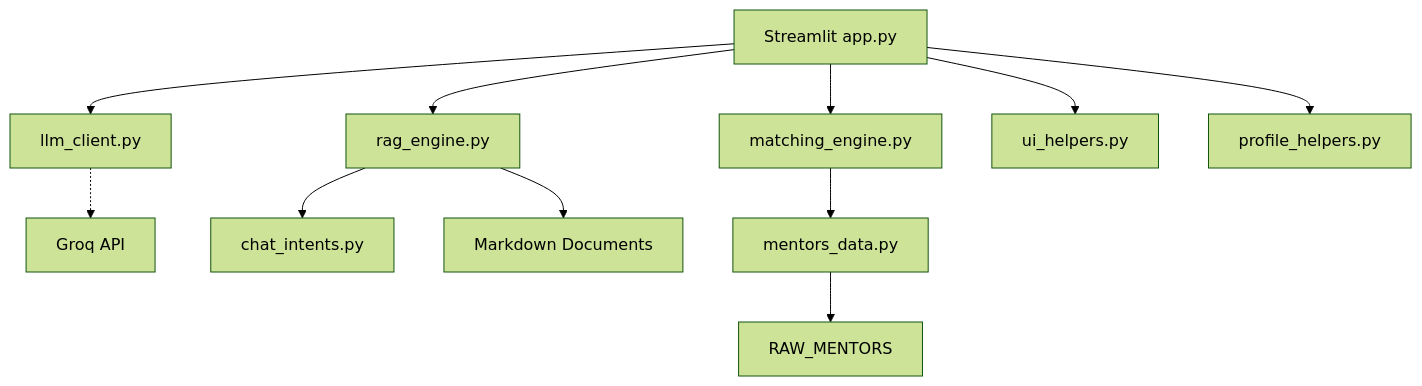
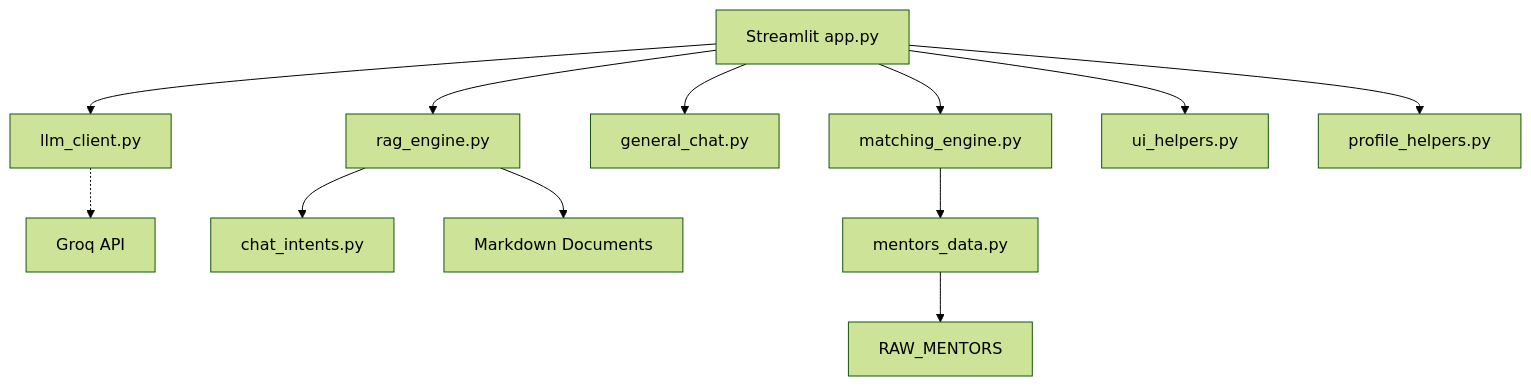
One commit to levanmanh268/cmc-ai-mentor-network changed the third of 5 diagrams in docs/architecture.md. Above: the diagram before and after it, drawn with Mermaid (forest theme). The commit also changed other lines of this file and 14 other files, not shown here.

````diff
--- a/docs/architecture.md
+++ b/docs/architecture.md
@@ -95,24 +96,26 @@
 ```mermaid
 flowchart TD
     UI[Streamlit app.py]
     CONFIG[llm_client.py]
     KB[rag_engine.py]
+    GEN[general_chat.py]
     SOCIAL[chat_intents.py]
     MATCH[matching_engine.py]
     HELPER[ui_helpers.py]
     PROFILE[profile_helpers.py]
     MR[mentors_data.py]
     MARKDOWN[Markdown Documents]
     RAW[RAW_MENTORS]
     API[Groq API]
     UI --> CONFIG
     UI --> KB
+    UI --> GEN
     KB --> SOCIAL
     UI --> MATCH
     UI --> HELPER
     UI --> PROFILE
     MATCH --> MR
     MR --> RAW
     KB --> MARKDOWN
     CONFIG -.-> API
 ```
````
